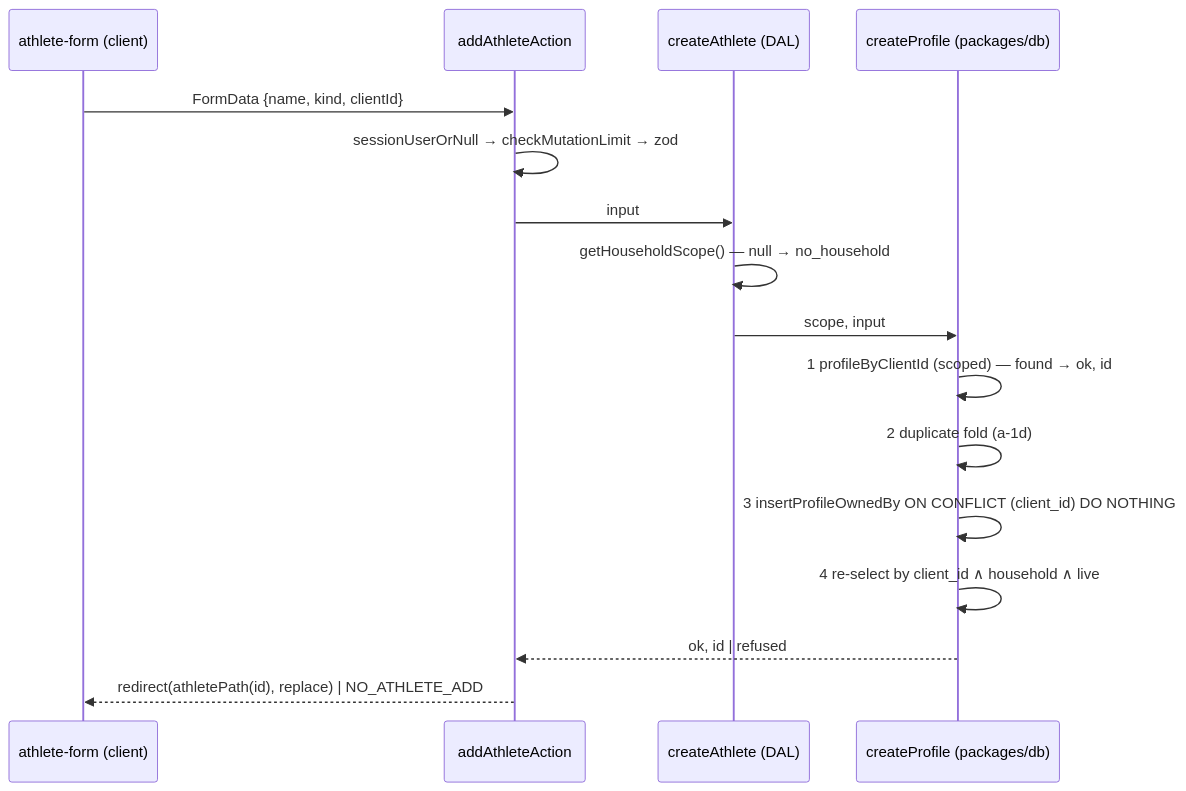
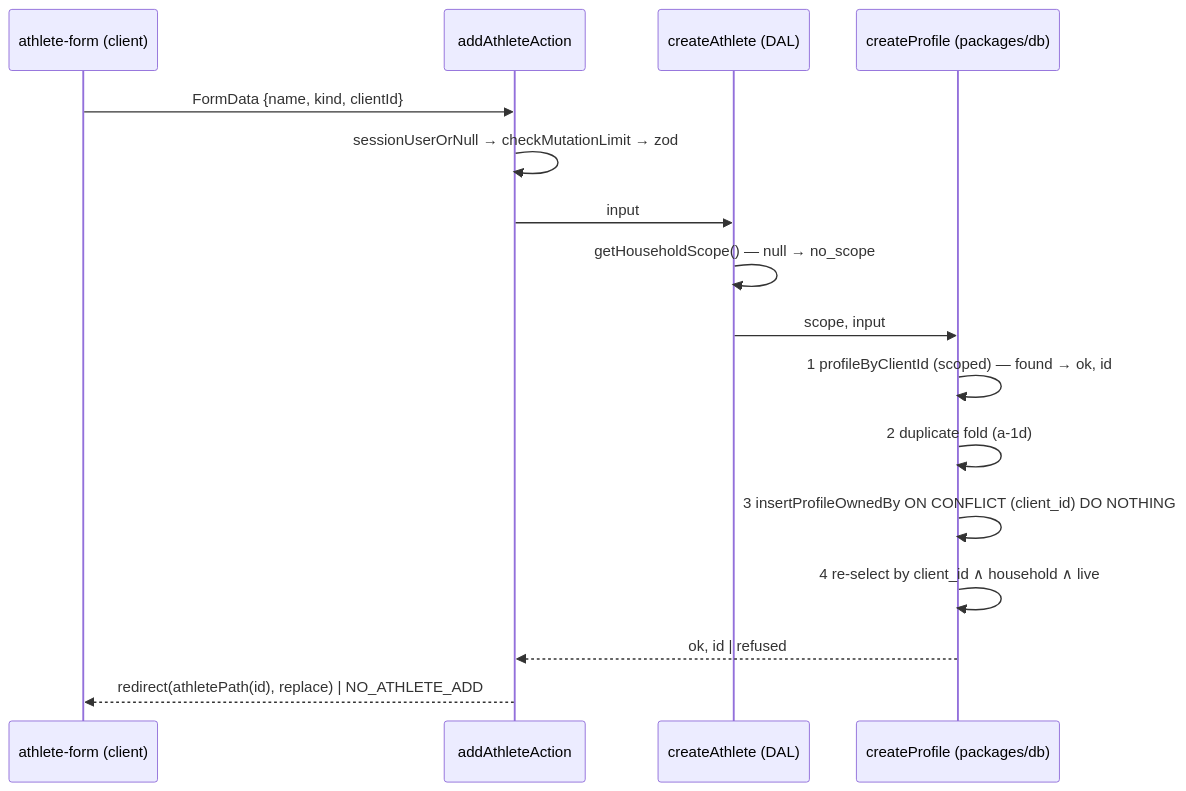
The second of 2 diagrams in docs/plans/prof-1-athletes.md (ralamode/mat-plan), drawn with Mermaid before and after one commit. The commit also changed other lines of this file and 4 other files, not shown here.

````diff
--- a/docs/plans/prof-1-athletes.md
+++ b/docs/plans/prof-1-athletes.md
@@ -504,18 +510,18 @@
 ```mermaid
 sequenceDiagram
   participant F as athlete-form (client)
   participant A as addAthleteAction
   participant D as createAthlete (DAL)
   participant W as createProfile (packages/db)
   F->>A: FormData {name, kind, clientId}
   A->>A: sessionUserOrNull → checkMutationLimit → zod
   A->>D: input
-  D->>D: getHouseholdScope() — null → no_household
+  D->>D: getHouseholdScope() — null → no_scope
   D->>W: scope, input
   W->>W: 1 profileByClientId (scoped) — found → ok, id
   W->>W: 2 duplicate fold (a-1d)
   W->>W: 3 insertProfileOwnedBy ON CONFLICT (client_id) DO NOTHING
   W->>W: 4 re-select by client_id ∧ household ∧ live
   W-->>A: ok, id | refused
   A-->>F: redirect(athletePath(id), replace) | NO_ATHLETE_ADD
 ```
````
